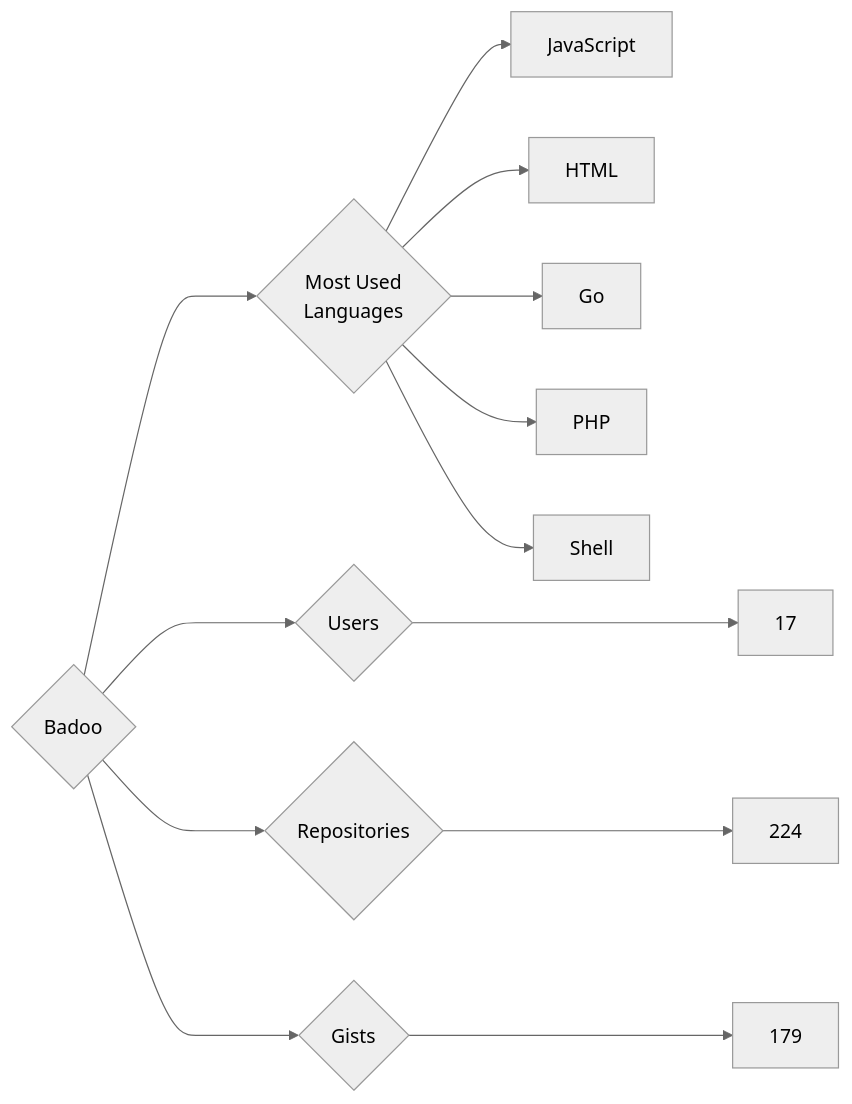
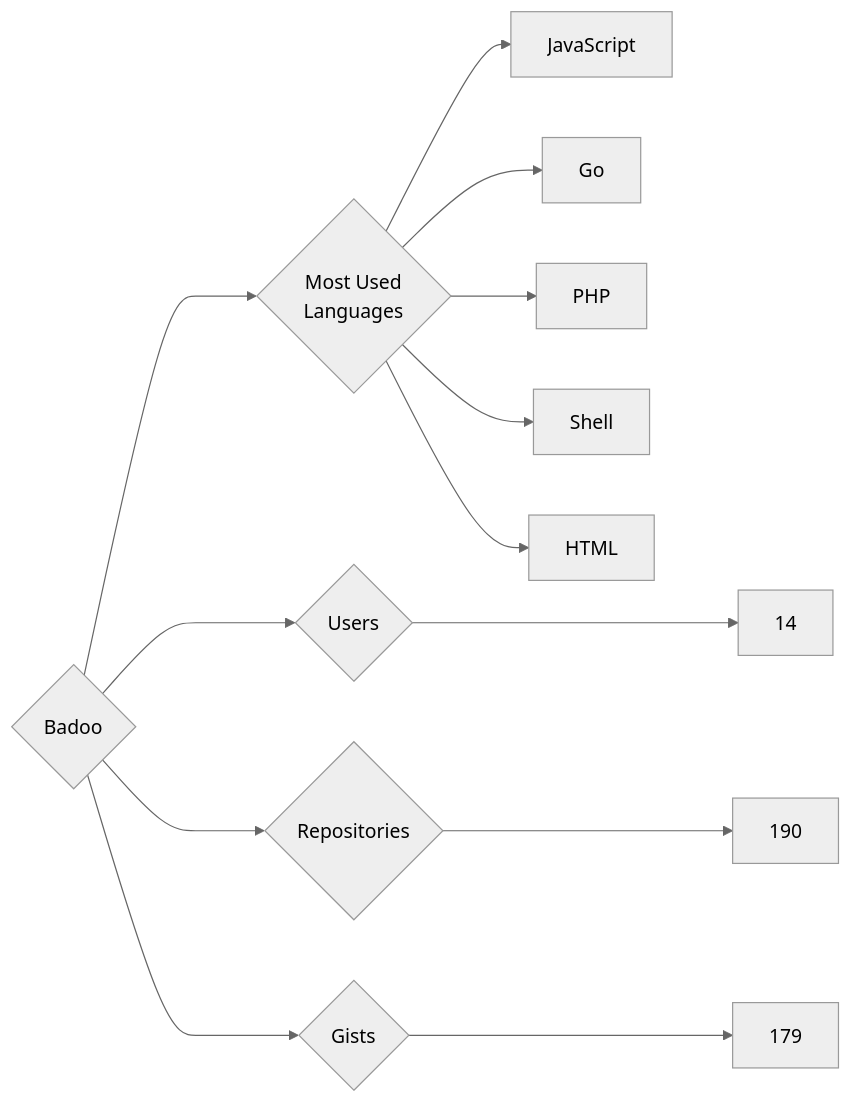
The diagram in targets/Badoo/README.md (trickest/insiders), drawn with Mermaid (neutral theme) before and after one commit. The commit also changed 888 other files, not shown here.

````diff
--- a/targets/Badoo/README.md
+++ b/targets/Badoo/README.md
@@ -3,13 +3,13 @@
 ```mermaid
 graph LR
 COMPANY_NAME{Badoo}
-COMPANY_NAME ---> U{Users} ---> UN[17]
-COMPANY_NAME ---> R{Repositories} ---> RN[224]
+COMPANY_NAME ---> U{Users} ---> UN[14]
+COMPANY_NAME ---> R{Repositories} ---> RN[190]
 COMPANY_NAME ---> G{Gists} ---> GN[179]
 COMPANY_NAME ---> ML{Most Used<br>Languages}
 ML --> JavaScript[JavaScript]
-ML --> HTML[HTML]
 ML --> Go[Go]
 ML --> PHP[PHP]
 ML --> Shell[Shell]
+ML --> HTML[HTML]
 ```
````
